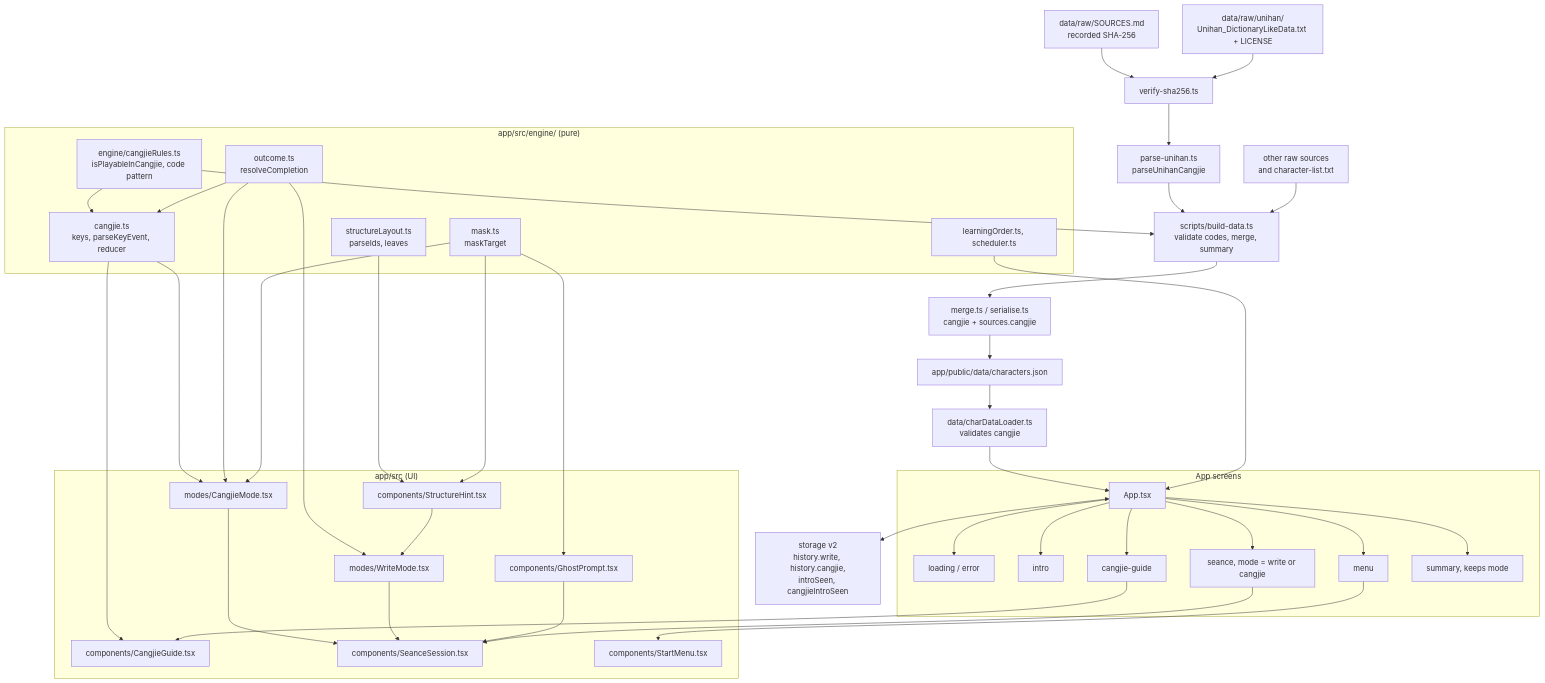
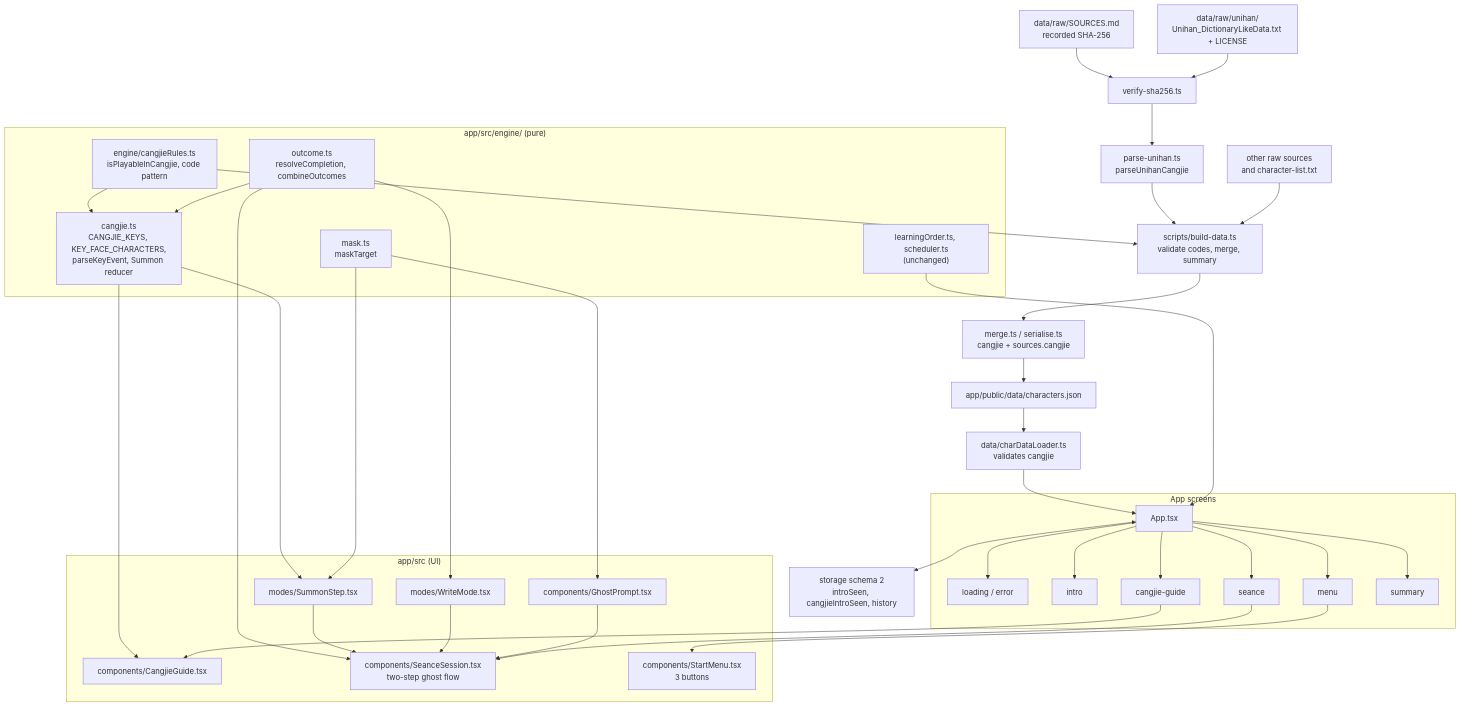
The first of 3 diagrams in .kiro/specs/cangjie-seance/design.md (Taki-PRO/ghost-script), drawn with Mermaid before and after one commit. The commit also changed other lines of this file and 2 other files, not shown here.

````diff
--- a/.kiro/specs/cangjie-seance/design.md
+++ b/.kiro/specs/cangjie-seance/design.md
@@ -33,66 +37,62 @@
 ```mermaid
 flowchart TD
     UNI["data/raw/unihan/\nUnihan_DictionaryLikeData.txt + LICENSE"]
     SRC["data/raw/SOURCES.md\nrecorded SHA-256"]
     OTHER["other raw sources\nand character-list.txt"]
 
     SRC --> HASH["verify-sha256.ts"]
     UNI --> HASH --> PU["parse-unihan.ts\nparseUnihanCangjie"]
     PU --> BD["scripts/build-data.ts\nvalidate codes, merge, summary"]
     OTHER --> BD
     RULES["engine/cangjieRules.ts\nisPlayableInCangjie, code pattern"] --> BD
     BD --> MG["merge.ts / serialise.ts\ncangjie + sources.cangjie"]
     MG --> JSON["app/public/data/characters.json"]
     JSON --> LOAD["data/charDataLoader.ts\nvalidates cangjie"]
 
     subgraph ENGINE["app/src/engine/ (pure)"]
         RULES
-        CJ["cangjie.ts\nkeys, parseKeyEvent, reducer"]
-        OUT["outcome.ts\nresolveCompletion"]
-        SL["structureLayout.ts\nparseIds, leaves"]
+        CJ["cangjie.ts\nCANGJIE_KEYS, KEY_FACE_CHARACTERS,\nparseKeyEvent, Summon reducer"]
+        OUT["outcome.ts\nresolveCompletion, combineOutcomes"]
         MASK["mask.ts\nmaskTarget"]
-        LO["learningOrder.ts, scheduler.ts"]
+        LO["learningOrder.ts, scheduler.ts\n(unchanged)"]
     end
 
     RULES --> CJ
     OUT --> CJ
-    LOAD --> APP
 
     subgraph UI["app/src (UI)"]
-        CM["modes/CangjieMode.tsx"]
+        SUM["modes/SummonStep.tsx"]
         WM["modes/WriteMode.tsx"]
-        SH["components/StructureHint.tsx"]
         GP["components/GhostPrompt.tsx"]
         GUIDE["components/CangjieGuide.tsx"]
-        SS["components/SeanceSession.tsx"]
-        MENU["components/StartMenu.tsx"]
+        SS["components/SeanceSession.tsx\ntwo-step ghost flow"]
+        MENU["components/StartMenu.tsx\n3 buttons"]
     end
 
-    CJ --> CM
-    OUT --> CM
+    CJ --> SUM
+    MASK --> SUM
+    MASK --> GP
     OUT --> WM
-    SL --> SH --> WM
-    MASK --> CM
-    MASK --> GP
-    MASK --> SH
-    CJ --> GUIDE
-    CM --> SS
+    OUT --> SS
+    SUM --> SS
     WM --> SS
     GP --> SS
+    CJ --> GUIDE
 
+    LOAD --> APP
     subgraph APPG["App screens"]
         APP["App.tsx"]
         APP --> S1["loading / error"]
         APP --> S2["intro"]
         APP --> S3["menu"]
         APP --> S4["cangjie-guide"]
-        APP --> S5["seance, mode = write or cangjie"]
-        APP --> S6["summary, keeps mode"]
+        APP --> S5["seance"]
+        APP --> S6["summary"]
     end
 
     S3 --> MENU
     S4 --> GUIDE
     S5 --> SS
     LO --> APP
-    APP <--> ST["storage v2\nhistory.write, history.cangjie,\nintroSeen, cangjieIntroSeen"]
+    APP <--> ST["storage schema 2\nintroSeen, cangjieIntroSeen, history"]
 ```
````
